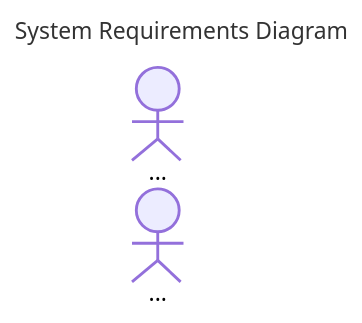
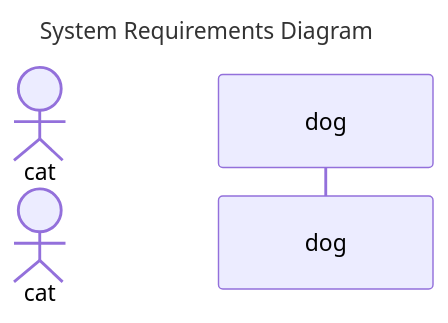
Before and after one commit to carolyncole/mermaid-wintersession: the diagram in lesson1-actors/flow-diagram.md, drawn with Mermaid.

````diff
--- a/lesson1-actors/flow-diagram.md
+++ b/lesson1-actors/flow-diagram.md
@@ -15,8 +15,9 @@
 ```mermaid
 sequenceDiagram
 title  System Requirements Diagram
 accTitle: System Requirements Sequence Diagram
 accDescr: A sequence diagram that shows what interactions we are expecting the system to have
 
-actor ... as ...
+actor cat as cat
+participant dog as dog
 ```
````
